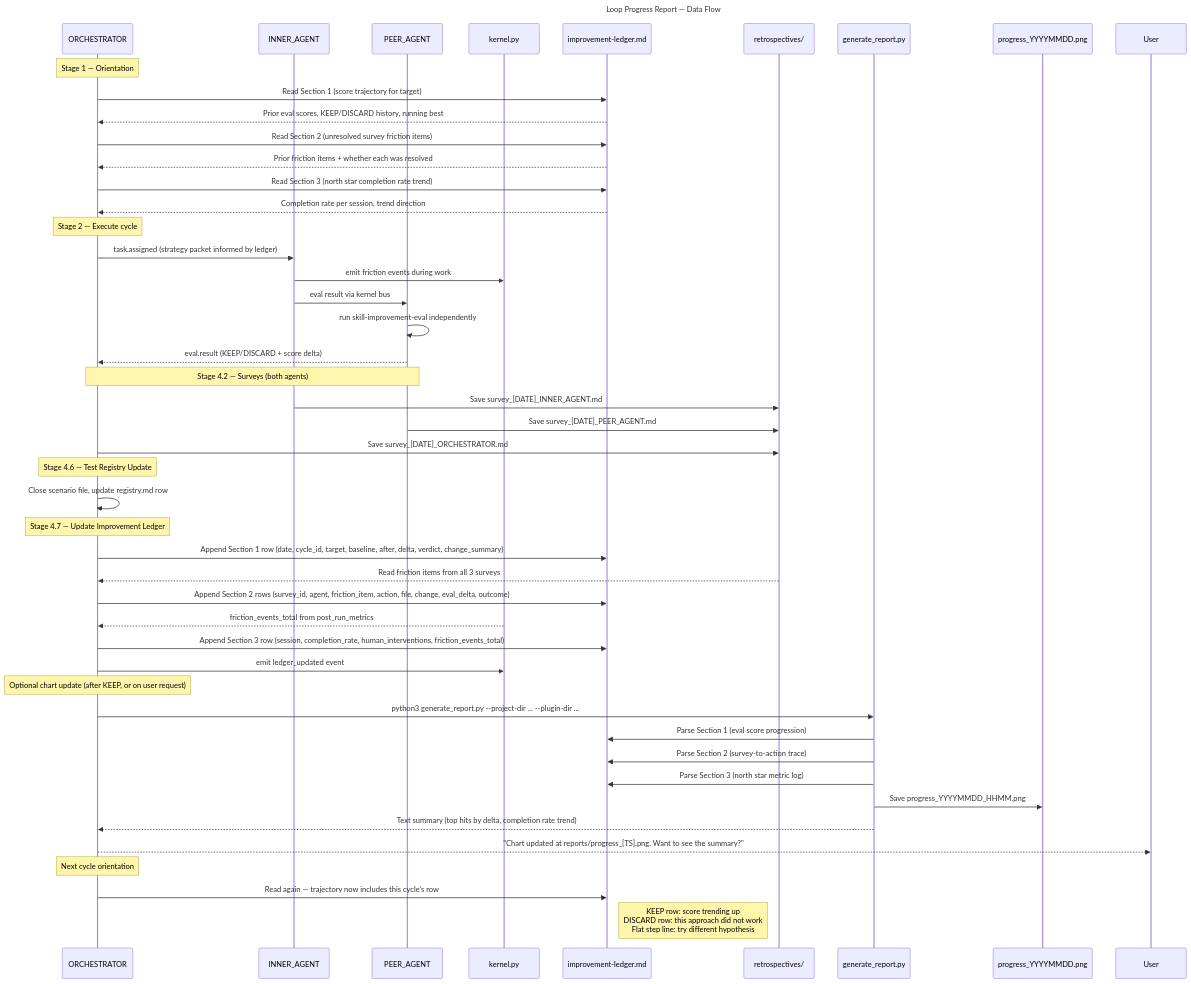
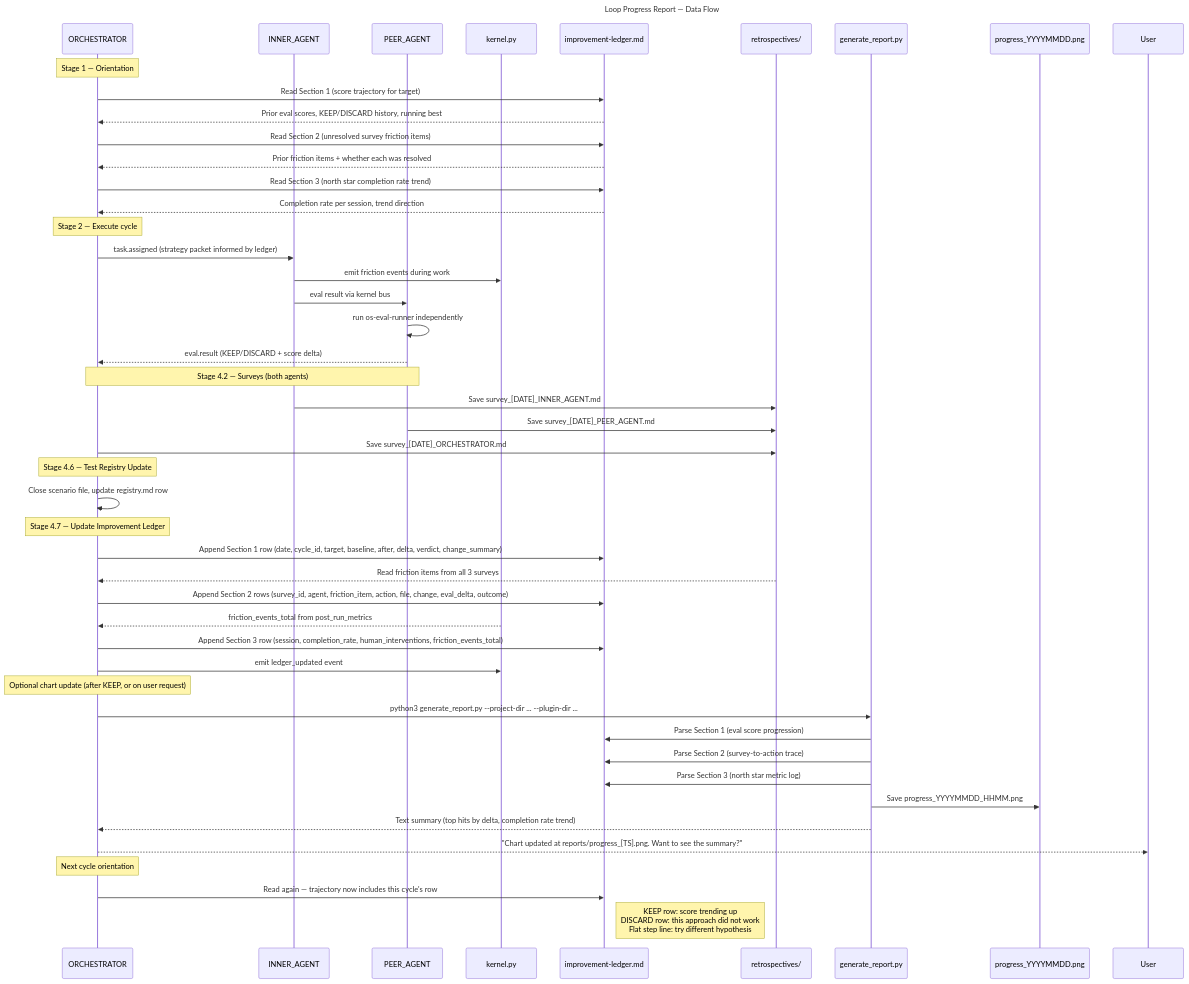
One commit to richfrem/agent-plugins-skills changed the diagram in plugins/agent-agentic-os/assets/diagrams/loop-progress-report.mmd. Above: the diagram before and after it, drawn with Mermaid. The commit also changed 9 other files, not shown here.

First line of the commit message:
docs(diagrams): update all MMDs for renamed skills + add improvement-flywheel

```diff
--- a/plugins/agent-agentic-os/assets/diagrams/loop-progress-report.mmd
+++ b/plugins/agent-agentic-os/assets/diagrams/loop-progress-report.mmd
@@ -1,55 +1,55 @@
 sequenceDiagram
     title Loop Progress Report — Data Flow
 
     participant ORCH as ORCHESTRATOR
     participant INNER as INNER_AGENT
     participant PEER as PEER_AGENT
     participant KERNEL as kernel.py
     participant LEDGER as improvement-ledger.md
     participant SURVEY as retrospectives/
     participant REPORT as generate_report.py
     participant CHART as progress_YYYYMMDD.png
 
     note over ORCH: Stage 1 — Orientation
     ORCH->>LEDGER: Read Section 1 (score trajectory for target)
     LEDGER-->>ORCH: Prior eval scores, KEEP/DISCARD history, running best
     ORCH->>LEDGER: Read Section 2 (unresolved survey friction items)
     LEDGER-->>ORCH: Prior friction items + whether each was resolved
     ORCH->>LEDGER: Read Section 3 (north star completion rate trend)
     LEDGER-->>ORCH: Completion rate per session, trend direction
 
     note over ORCH: Stage 2 — Execute cycle
     ORCH->>INNER: task.assigned (strategy packet informed by ledger)
     INNER->>KERNEL: emit friction events during work
     INNER->>PEER: eval result via kernel bus
-    PEER->>PEER: run skill-improvement-eval independently
+    PEER->>PEER: run os-eval-runner independently
     PEER-->>ORCH: eval.result (KEEP/DISCARD + score delta)
 
     note over ORCH,PEER: Stage 4.2 — Surveys (both agents)
     INNER->>SURVEY: Save survey_[DATE]_INNER_AGENT.md
     PEER->>SURVEY: Save survey_[DATE]_PEER_AGENT.md
     ORCH->>SURVEY: Save survey_[DATE]_ORCHESTRATOR.md
 
     note over ORCH: Stage 4.6 — Test Registry Update
     ORCH->>ORCH: Close scenario file, update registry.md row
 
     note over ORCH: Stage 4.7 — Update Improvement Ledger
     ORCH->>LEDGER: Append Section 1 row (date, cycle_id, target, baseline, after, delta, verdict, change_summary)
     SURVEY-->>ORCH: Read friction items from all 3 surveys
     ORCH->>LEDGER: Append Section 2 rows (survey_id, agent, friction_item, action, file, change, eval_delta, outcome)
     KERNEL-->>ORCH: friction_events_total from post_run_metrics
     ORCH->>LEDGER: Append Section 3 row (session, completion_rate, human_interventions, friction_events_total)
     ORCH->>KERNEL: emit ledger_updated event
 
     note over ORCH: Optional chart update (after KEEP, or on user request)
     ORCH->>REPORT: python3 generate_report.py --project-dir ... --plugin-dir ...
     REPORT->>LEDGER: Parse Section 1 (eval score progression)
     REPORT->>LEDGER: Parse Section 2 (survey-to-action trace)
     REPORT->>LEDGER: Parse Section 3 (north star metric log)
     REPORT->>CHART: Save progress_YYYYMMDD_HHMM.png
     REPORT-->>ORCH: Text summary (top hits by delta, completion rate trend)
     ORCH-->>User: "Chart updated at reports/progress_[TS].png. Want to see the summary?"
 
     note over ORCH: Next cycle orientation
     ORCH->>LEDGER: Read again — trajectory now includes this cycle's row
     note right of LEDGER: KEEP row: score trending up<br/>DISCARD row: this approach did not work<br/>Flat step line: try different hypothesis
```
